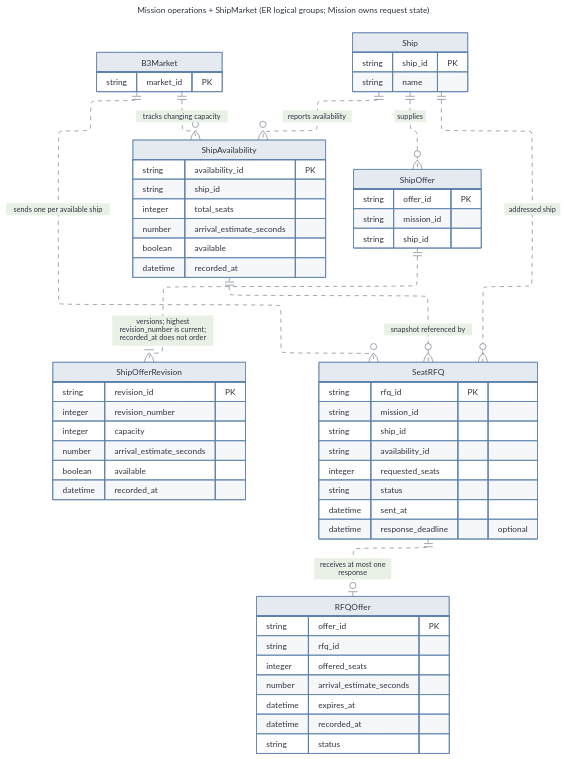
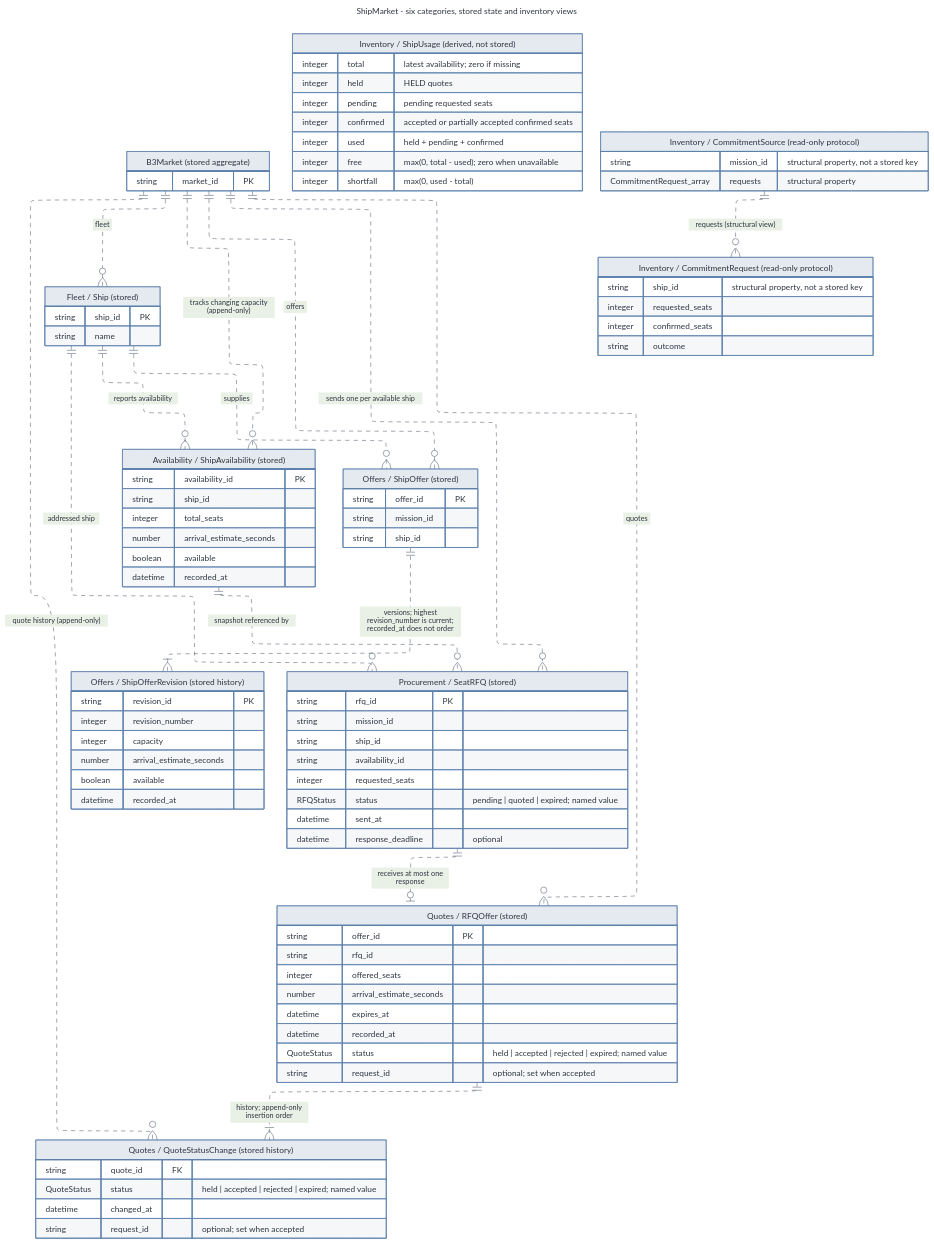
The diagram in docs/architecture/diagrams/rescue-domain-model/namespaces/ShipMarket/entity-relationship-diagram.mmd (mariaxmxavier/space-rescue-system), drawn with Mermaid before and after one commit. The commit also changed 103 other files, not shown here.

First line of the commit message:
feat(market): conform the market to its category layout

```diff
--- a/docs/architecture/diagrams/rescue-domain-model/namespaces/ShipMarket/entity-relationship-diagram.mmd
+++ b/docs/architecture/diagrams/rescue-domain-model/namespaces/ShipMarket/entity-relationship-diagram.mmd
@@ -1,85 +1,120 @@
 ---
-title: Mission operations + ShipMarket (ER logical groups; Mission owns request state)
+title: ShipMarket - six categories, stored state and inventory views
 config:
   layout: elk
   theme: base
   htmlLabels: false
   fontFamily: Arial
   themeVariables:
     primaryColor: '#e5e9f0'
     primaryTextColor: '#2e3440'
     primaryBorderColor: '#5e81ac'
     lineColor: '#4c566a'
     tertiaryColor: '#eceff4'
     fontFamily: 'Arial, sans-serif'
   elk:
     mergeEdges: false
     nodePlacementStrategy: LINEAR_SEGMENTS
   class:
     nodeSpacing: 90
     rankSpacing: 100
     padding: 24
     diagramPadding: 40
   er:
     nodeSpacing: 90
     rankSpacing: 100
     diagramPadding: 30
 ---
 erDiagram
     direction TB
     %% Scoped logical ER view of ShipMarket. Cross-space relationships: MissionOperations issues RFQs and owns requests; this space supplies market availability and offers.
-    B3Market {
+    %% Category labels are visible aliases, not extra entities or persisted keys.
+    B3Market["B3Market (stored aggregate)"] {
         string market_id PK
     }
-    Ship {
+    Ship["Fleet / Ship (stored)"] {
         string ship_id PK
         string name
     }
-    ShipAvailability {
+    ShipAvailability["Availability / ShipAvailability (stored)"] {
         string availability_id PK
         string ship_id
         integer total_seats
         number arrival_estimate_seconds
         boolean available
         datetime recorded_at
     }
-    ShipOffer {
+    ShipOffer["Offers / ShipOffer (stored)"] {
         string offer_id PK
         string mission_id
         string ship_id
     }
-    ShipOfferRevision {
+    ShipOfferRevision["Offers / ShipOfferRevision (stored history)"] {
         string revision_id PK
         integer revision_number
         integer capacity
         number arrival_estimate_seconds
         boolean available
         datetime recorded_at
     }
-    SeatRFQ {
+    SeatRFQ["Procurement / SeatRFQ (stored)"] {
         string rfq_id PK
         string mission_id
         string ship_id
         string availability_id
         integer requested_seats
-        string status
+        RFQStatus status "pending | quoted | expired; named value"
         datetime sent_at
         datetime response_deadline "optional"
     }
-    RFQOffer {
+    RFQOffer["Quotes / RFQOffer (stored)"] {
         string offer_id PK
         string rfq_id
         integer offered_seats
         number arrival_estimate_seconds
         datetime expires_at
         datetime recorded_at
-        string status
+        QuoteStatus status "held | accepted | rejected | expired; named value"
+        string request_id "optional; set when accepted"
     }
-    B3Market ||..o{ ShipAvailability : "tracks changing capacity"
+    QuoteStatusChange["Quotes / QuoteStatusChange (stored history)"] {
+        string quote_id FK
+        QuoteStatus status "held | accepted | rejected | expired; named value"
+        datetime changed_at
+        string request_id "optional; set when accepted"
+    }
+    %% Inventory boxes are derived/protocol views. They have no persisted identity or keys.
+    ShipUsage["Inventory / ShipUsage (derived, not stored)"] {
+        integer total "latest availability; zero if missing"
+        integer held "HELD quotes"
+        integer pending "pending requested seats"
+        integer confirmed "accepted or partially accepted confirmed seats"
+        integer used "held + pending + confirmed"
+        integer free "max(0, total - used); zero when unavailable"
+        integer shortfall "max(0, used - total)"
+    }
+    CommitmentSource["Inventory / CommitmentSource (read-only protocol)"] {
+        string mission_id "structural property, not a stored key"
+        CommitmentRequest_array requests "structural property"
+    }
+    CommitmentRequest["Inventory / CommitmentRequest (read-only protocol)"] {
+        string ship_id "structural property, not a stored key"
+        integer requested_seats
+        integer confirmed_seats
+        string outcome
+    }
+    B3Market ||..o{ Ship : "fleet"
+    B3Market ||..o{ ShipAvailability : "tracks changing capacity (append-only)"
     Ship ||..o{ ShipAvailability : "reports availability"
     B3Market ||..o{ SeatRFQ : "sends one per available ship"
     ShipAvailability ||..o{ SeatRFQ : "snapshot referenced by"
     Ship ||..o{ SeatRFQ : "addressed ship"
     SeatRFQ ||..o| RFQOffer : "receives at most one response"
+    B3Market ||..o{ RFQOffer : "quotes"
+    B3Market ||..o{ ShipOffer : "offers"
     Ship ||..o{ ShipOffer : "supplies"
     ShipOffer ||..|{ ShipOfferRevision : "versions; highest revision_number is current; recorded_at does not order"
+    RFQOffer ||..|{ QuoteStatusChange : "history; append-only insertion order"
+    B3Market ||..o{ QuoteStatusChange : "quote history (append-only)"
+    CommitmentSource ||..o{ CommitmentRequest : "requests (structural view)"
+    %% Derived inputs are described by attributes, not stored ER foreign-key relationships.
```
